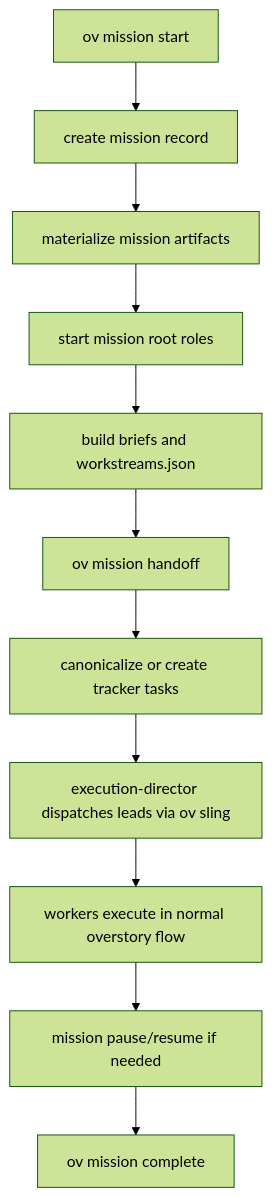
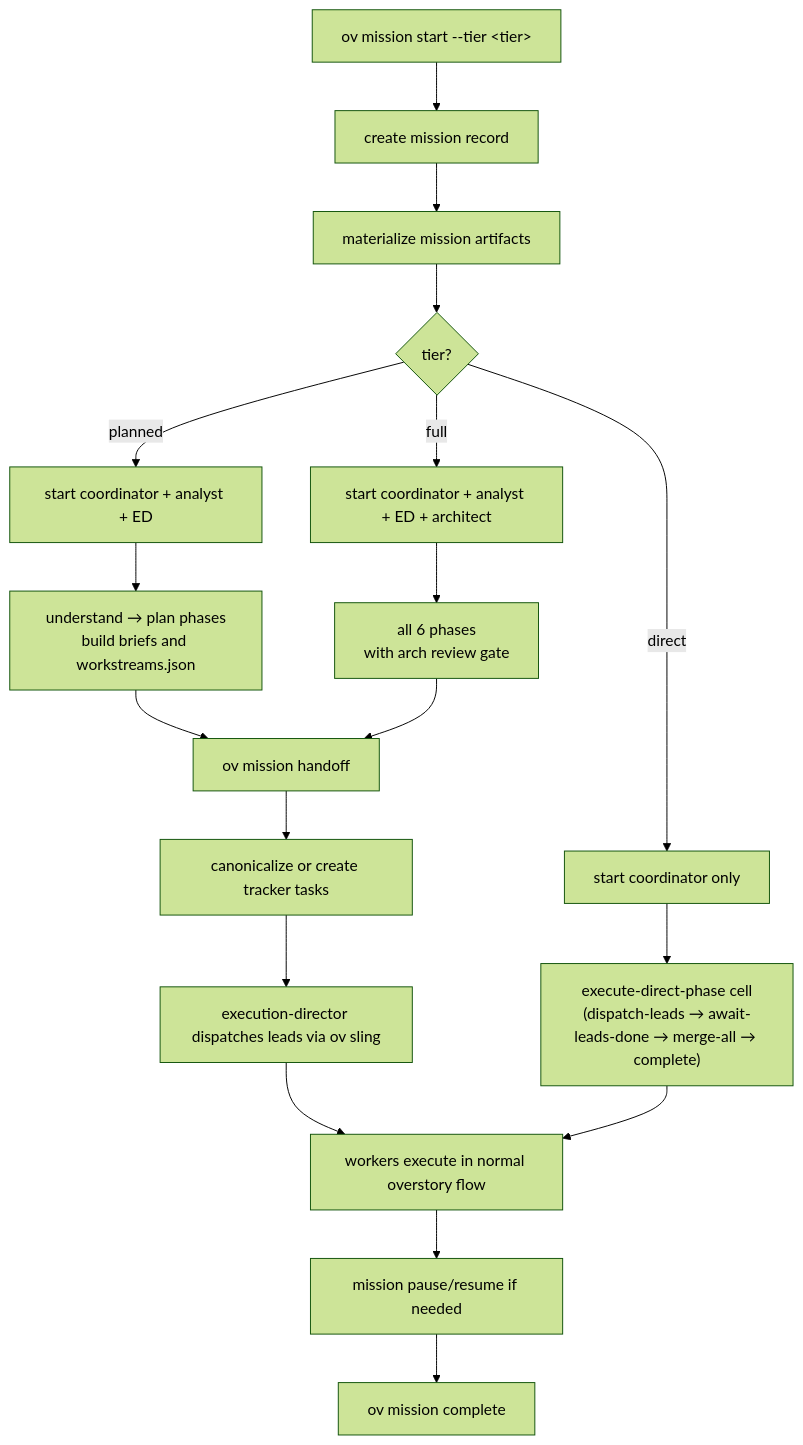
Before and after one commit to liker0704/overstory: the eighth of 9 diagrams in docs/architecture/workflows.md, drawn with Mermaid (forest theme). The commit also changed other lines of this file and 3 other files, not shown here.

First line of the commit message:
docs(architecture): update four arch docs to reflect current codebase state

````diff
--- a/docs/architecture/workflows.md
+++ b/docs/architecture/workflows.md
@@ -283,13 +357,24 @@
 ```mermaid
 flowchart TD
-    Start["ov mission start"] --> Store["create mission record"]
+    Start["ov mission start --tier &lt;tier&gt;"] --> Store["create mission record"]
     Store --> Artifacts["materialize mission artifacts"]
-    Artifacts --> Roles["start mission root roles"]
-    Roles --> Plan["build briefs and workstreams.json"]
+    Artifacts --> TierBranch{tier?}
+
+    TierBranch -- direct --> DirectRoles["start coordinator only"]
+    TierBranch -- planned --> PlannedRoles["start coordinator + analyst + ED"]
+    TierBranch -- full --> FullRoles["start coordinator + analyst + ED + architect"]
+
+    DirectRoles --> DirectExec["execute-direct-phase cell\n(dispatch-leads → await-leads-done → merge-all → complete)"]
+    PlannedRoles --> Plan["understand → plan phases\nbuild briefs and workstreams.json"]
+    FullRoles --> FullPlan["all 6 phases\nwith arch review gate"]
+
     Plan --> Handoff["ov mission handoff"]
+    FullPlan --> Handoff
     Handoff --> Bridge["canonicalize or create tracker tasks"]
     Bridge --> Dispatch["execution-director dispatches leads via ov sling"]
     Dispatch --> Work["workers execute in normal overstory flow"]
+
+    DirectExec --> Work
     Work --> PauseResume["mission pause/resume if needed"]
     PauseResume --> Complete["ov mission complete"]
 ```
````
